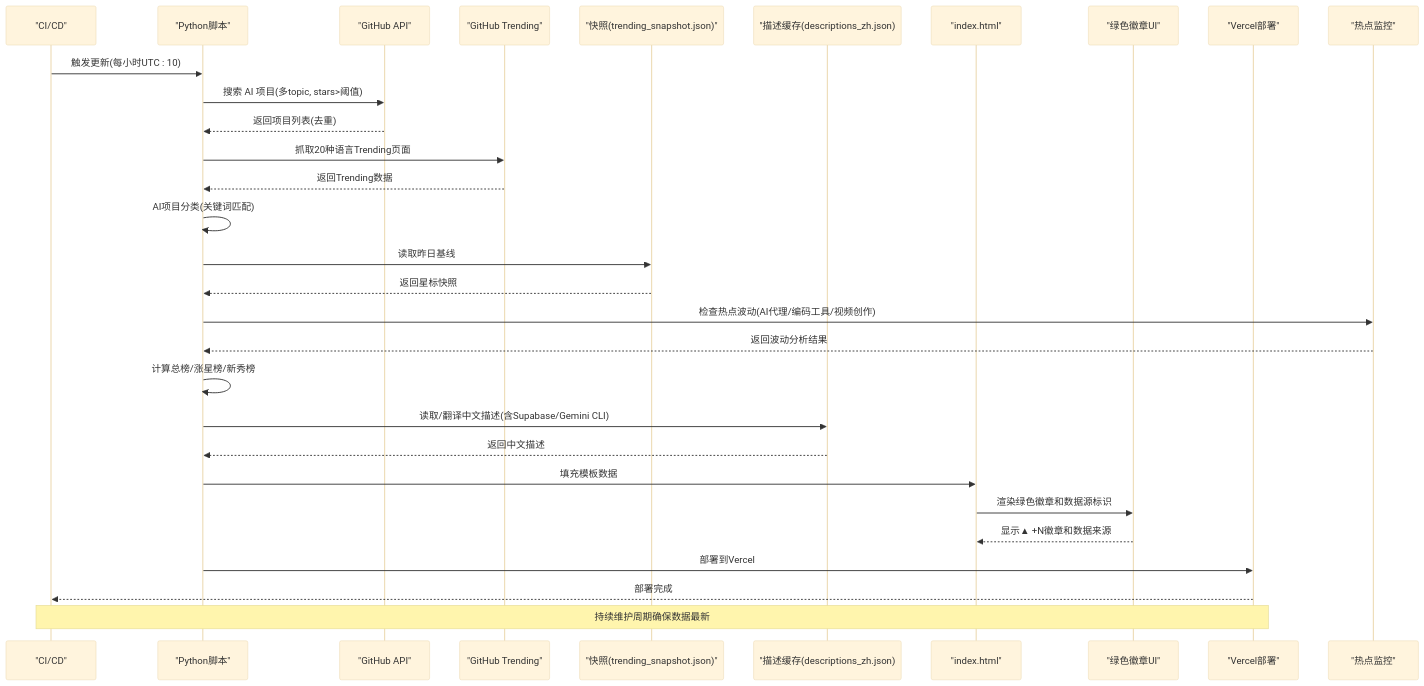
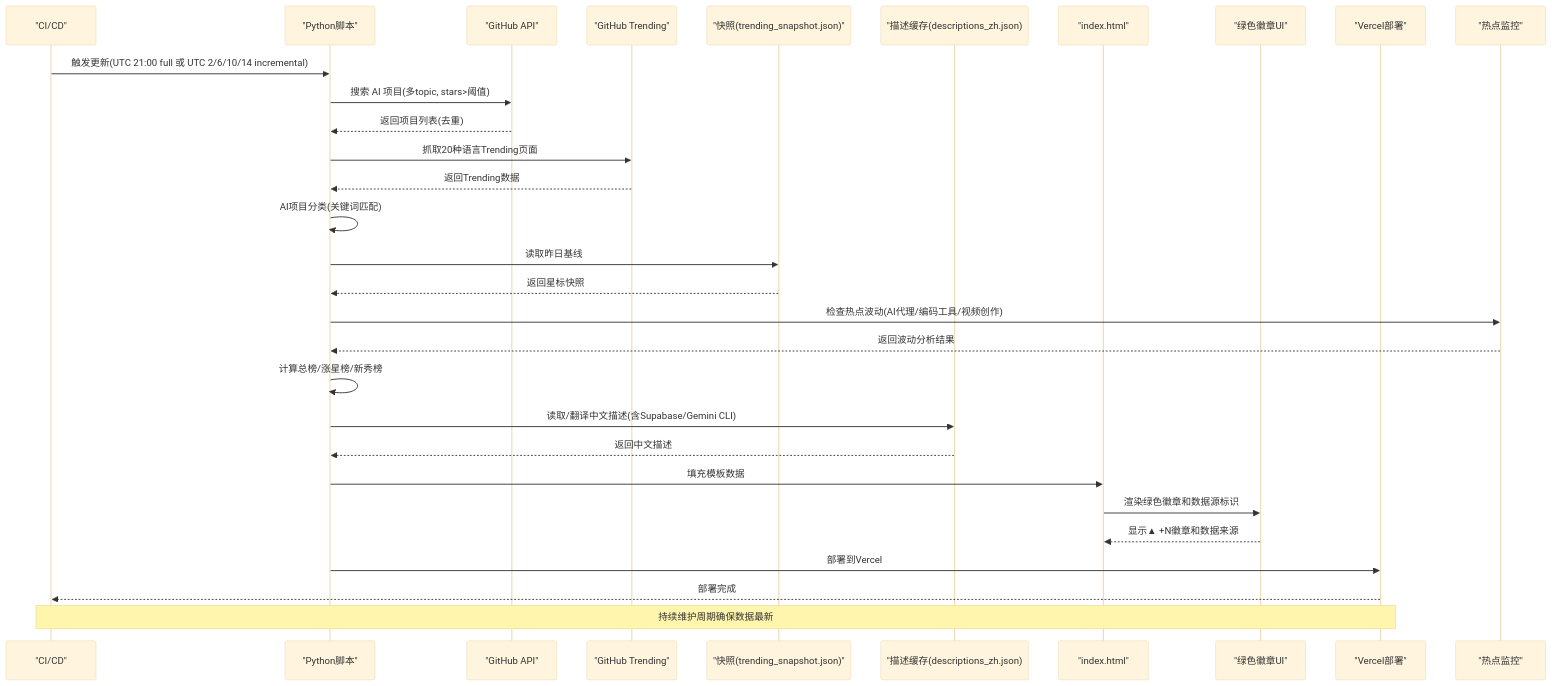
One commit to Kwei168/starhub changed the second of 9 diagrams in .qoder/repowiki/zh/content/核心功能/趋势分析系统.md. Above: the diagram before and after it, drawn with Mermaid (base theme). The commit also changed other lines of this file and 18 other files, not shown here.

Commit message:
docs: sync StarHub Wiki architecture

````diff
--- a/.qoder/repowiki/zh/content/核心功能/趋势分析系统.md
+++ b/.qoder/repowiki/zh/content/核心功能/趋势分析系统.md
@@ -123,32 +123,32 @@
 ```mermaid
 sequenceDiagram
 participant CA as "CI/CD"
 participant PY as "Python脚本"
 participant GA as "GitHub API"
 participant GT as "GitHub Trending"
 participant SN as "快照(trending_snapshot.json)"
 participant DS as "描述缓存(descriptions_zh.json)
 participant HTML as "index.html"
 participant UI as "绿色徽章UI"
 participant VR as "Vercel部署"
 participant HM as "热点监控"
-CA->>PY : 触发更新(每小时UTC : 10)
+CA->>PY : 触发更新(UTC 21:00 full 或 UTC 2/6/10/14 incremental)
 PY->>GA : 搜索 AI 项目(多topic, stars>阈值)
 GA-->>PY : 返回项目列表(去重)
 PY->>GT : 抓取20种语言Trending页面
 GT-->>PY : 返回Trending数据
 PY->>PY : AI项目分类(关键词匹配)
 PY->>SN : 读取昨日基线
 SN-->>PY : 返回星标快照
 PY->>HM : 检查热点波动(AI代理/编码工具/视频创作)
 HM-->>PY : 返回波动分析结果
 PY->>PY : 计算总榜/涨星榜/新秀榜
 PY->>DS : 读取/翻译中文描述(含Supabase/Gemini CLI)
 DS-->>PY : 返回中文描述
 PY->>HTML : 填充模板数据
 HTML->>UI : 渲染绿色徽章和数据源标识
 UI-->>HTML : 显示▲ +N徽章和数据来源
 PY->>VR : 部署到Vercel
 VR-->>CA : 部署完成
 Note over CA,VR : 持续维护周期确保数据最新
 ```
````
